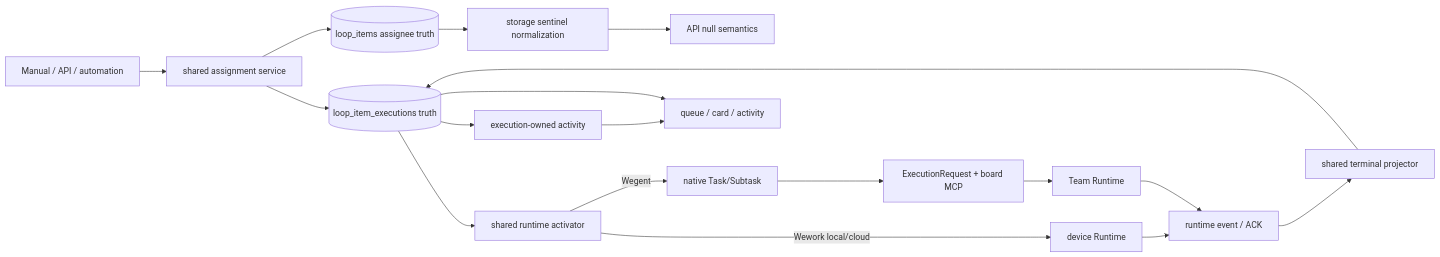
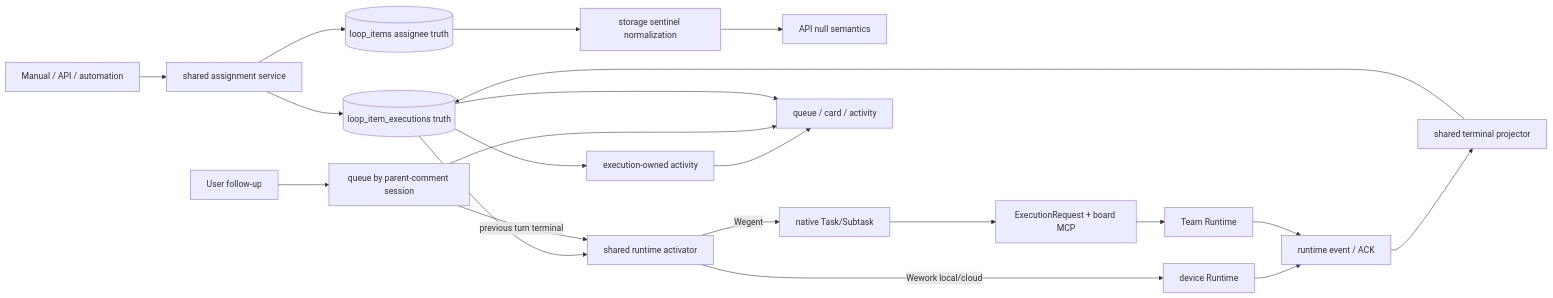
One commit to wecode-ai/Wegent changed the first of 2 diagrams in docs/en/architecture/board-automation.md. Above: the diagram before and after it, drawn with Mermaid. The commit also changed other lines of this file and 6 other files, not shown here.

````diff
--- a/docs/en/architecture/board-automation.md
+++ b/docs/en/architecture/board-automation.md
@@ -9,20 +9,23 @@
 ```mermaid
 flowchart LR
     ENTRY[Manual / API / automation] --> ASSIGN[shared assignment service]
     ASSIGN --> ITEM[(loop_items assignee truth)]
     ITEM --> NORMALIZE[storage sentinel normalization]
     NORMALIZE --> API[API null semantics]
     ASSIGN --> EXEC[(loop_item_executions truth)]
     EXEC --> ACTIVITY[execution-owned activity]
     EXEC --> ACTIVATE[shared runtime activator]
     ACTIVATE -->|Wework local/cloud| DEVICE[device Runtime]
     ACTIVATE -->|Wegent| TASK[native Task/Subtask]
     TASK --> REQUEST[ExecutionRequest + board MCP]
     REQUEST --> TEAM[Team Runtime]
     DEVICE --> EVENT[runtime event / ACK]
     TEAM --> EVENT
     EVENT --> PROJECT[shared terminal projector]
     PROJECT --> EXEC
+    USER_REPLY[User follow-up] --> CONT_QUEUE[queue by parent-comment session]
+    CONT_QUEUE -->|previous turn terminal| ACTIVATE
     ACTIVITY --> VIEW[queue / card / activity]
+    CONT_QUEUE --> VIEW
     EXEC --> VIEW
 ```
````
